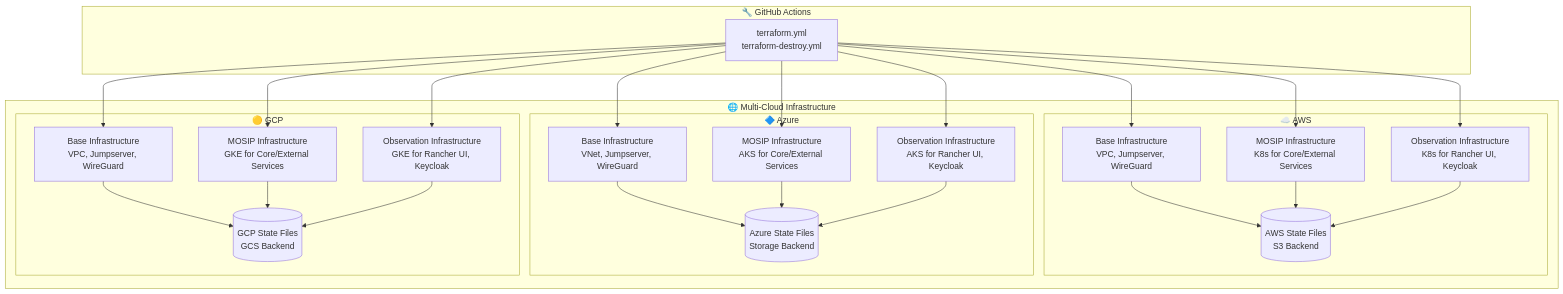
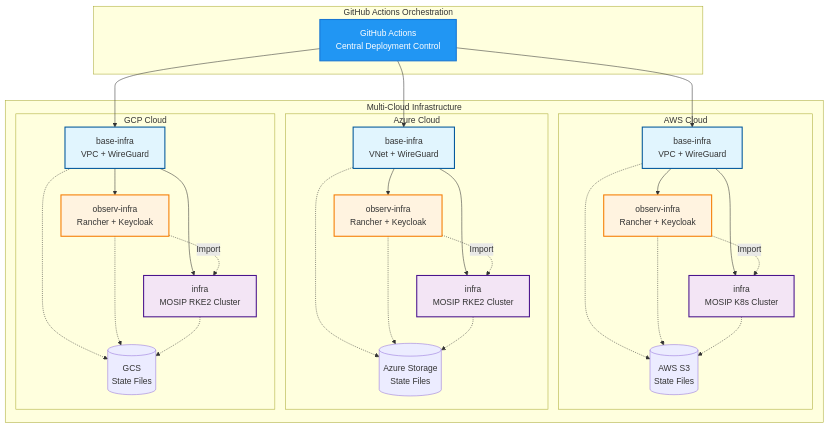
The first of 3 diagrams in README.md (mosip/infra), drawn with Mermaid before and after one commit. The commit also changed other lines of this file and 9 other files, not shown here.

````diff
--- a/README.md
+++ b/README.md
@@ -11,49 +17,65 @@
 ```mermaid
 graph TB
-    subgraph "🌐 Multi-Cloud Infrastructure"
-        subgraph "☁️ AWS"
-            AWS_BASE[Base Infrastructure<br/>VPC, Jumpserver, WireGuard]
-            AWS_INFRA[MOSIP Infrastructure<br/>K8s for Core/External Services]
-            AWS_OBSERV[Observation Infrastructure<br/>K8s for Rancher UI, Keycloak]
-            AWS_STATE[(AWS State Files<br/>S3 Backend)]
+    subgraph "GitHub Actions Orchestration"
+        GHA[GitHub Actions<br/>Central Deployment Control]
+    end
+    
+    subgraph "Multi-Cloud Infrastructure"
+        subgraph "AWS Cloud"
+            AWS_BASE[base-infra<br/>VPC + WireGuard]
+            AWS_OBS[observ-infra<br/>Rancher + Keycloak]
+            AWS_INFRA[infra<br/>MOSIP K8s Cluster]
+            AWS_STATE[(AWS S3<br/>State Files)]
         end
         
-        subgraph "🔷 Azure"
-            AZ_BASE[Base Infrastructure<br/>VNet, Jumpserver, WireGuard]
-            AZ_INFRA[MOSIP Infrastructure<br/>AKS for Core/External Services]
-            AZ_OBSERV[Observation Infrastructure<br/>AKS for Rancher UI, Keycloak]
-            AZ_STATE[(Azure State Files<br/>Storage Backend)]
+        subgraph "Azure Cloud"
+            AZ_BASE[base-infra<br/>VNet + WireGuard]
+            AZ_OBS[observ-infra<br/>Rancher + Keycloak]
+            AZ_INFRA[infra<br/>MOSIP RKE2 Cluster]
+            AZ_STATE[(Azure Storage<br/>State Files)]
         end
         
-        subgraph "🟡 GCP"
-            GCP_BASE[Base Infrastructure<br/>VPC, Jumpserver, WireGuard]
-            GCP_INFRA[MOSIP Infrastructure<br/>GKE for Core/External Services]
-            GCP_OBSERV[Observation Infrastructure<br/>GKE for Rancher UI, Keycloak]
-            GCP_STATE[(GCP State Files<br/>GCS Backend)]
+        subgraph "GCP Cloud"
+            GCP_BASE[base-infra<br/>VPC + WireGuard]
+            GCP_OBS[observ-infra<br/>Rancher + Keycloak]
+            GCP_INFRA[infra<br/>MOSIP RKE2 Cluster]
+            GCP_STATE[(GCS<br/>State Files)]
         end
     end
     
-    subgraph "🔧 GitHub Actions"
-        WORKFLOW[terraform.yml<br/>terraform-destroy.yml]
-    end
+    GHA --> AWS_BASE
+    GHA --> AZ_BASE
+    GHA --> GCP_BASE
     
-    WORKFLOW --> AWS_BASE
-    WORKFLOW --> AWS_INFRA
-    WORKFLOW --> AWS_OBSERV
-    WORKFLOW --> AZ_BASE
-    WORKFLOW --> AZ_INFRA
-    WORKFLOW --> AZ_OBSERV
-    WORKFLOW --> GCP_BASE
-    WORKFLOW --> GCP_INFRA
-    WORKFLOW --> GCP_OBSERV
+    AWS_BASE --> AWS_OBS
+    AWS_BASE --> AWS_INFRA
+    AWS_OBS -.->|Import| AWS_INFRA
+    AWS_BASE -.-> AWS_STATE
+    AWS_OBS -.-> AWS_STATE
+    AWS_INFRA -.-> AWS_STATE
     
-    AWS_BASE --> AWS_STATE
-    AWS_INFRA --> AWS_STATE
-    AWS_OBSERV --> AWS_STATE
-    AZ_BASE --> AZ_STATE
-    AZ_INFRA --> AZ_STATE
-    AZ_OBSERV --> AZ_STATE
-    GCP_BASE --> GCP_STATE
-    GCP_INFRA --> GCP_STATE
-    GCP_OBSERV --> GCP_STATE
+    AZ_BASE --> AZ_OBS
+    AZ_BASE --> AZ_INFRA
+    AZ_OBS -.->|Import| AZ_INFRA
+    AZ_BASE -.-> AZ_STATE
+    AZ_OBS -.-> AZ_STATE
+    AZ_INFRA -.-> AZ_STATE
+    
+    GCP_BASE --> GCP_OBS
+    GCP_BASE --> GCP_INFRA
+    GCP_OBS -.->|Import| GCP_INFRA
+    GCP_BASE -.-> GCP_STATE
+    GCP_OBS -.-> GCP_STATE
+    GCP_INFRA -.-> GCP_STATE
+    
+    style GHA fill:#2196F3,stroke:#1976D2,stroke-width:2px,color:#fff
+    style AWS_BASE fill:#e1f5fe,stroke:#01579b,stroke-width:2px
+    style AWS_OBS fill:#fff3e0,stroke:#f57c00,stroke-width:2px
+    style AWS_INFRA fill:#f3e5f5,stroke:#4a148c,stroke-width:2px
+    style AZ_BASE fill:#e1f5fe,stroke:#01579b,stroke-width:2px
+    style AZ_OBS fill:#fff3e0,stroke:#f57c00,stroke-width:2px
+    style AZ_INFRA fill:#f3e5f5,stroke:#4a148c,stroke-width:2px
+    style GCP_BASE fill:#e1f5fe,stroke:#01579b,stroke-width:2px
+    style GCP_OBS fill:#fff3e0,stroke:#f57c00,stroke-width:2px
+    style GCP_INFRA fill:#f3e5f5,stroke:#4a148c,stroke-width:2px
 ```
````
